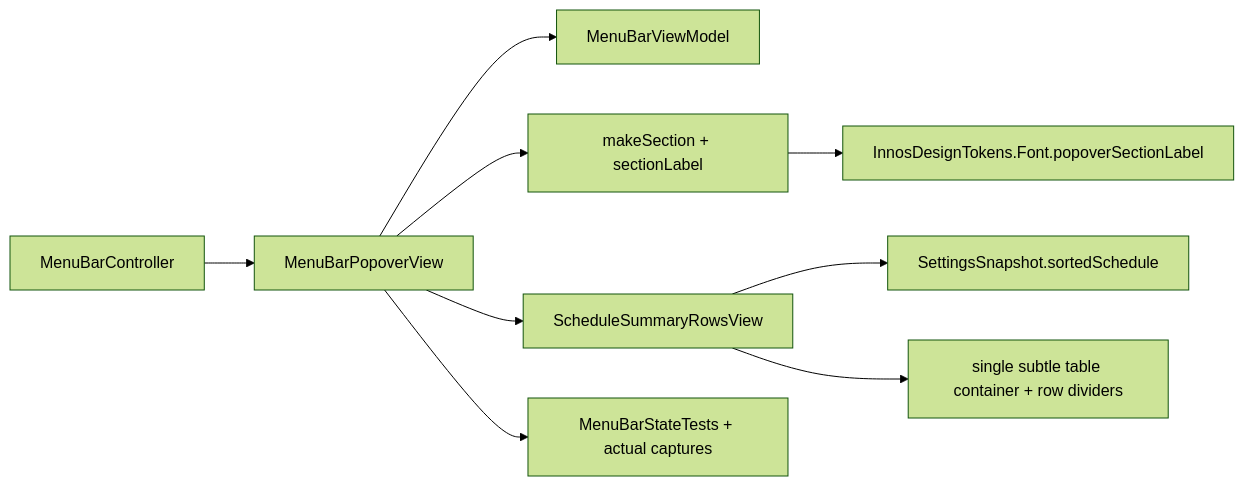
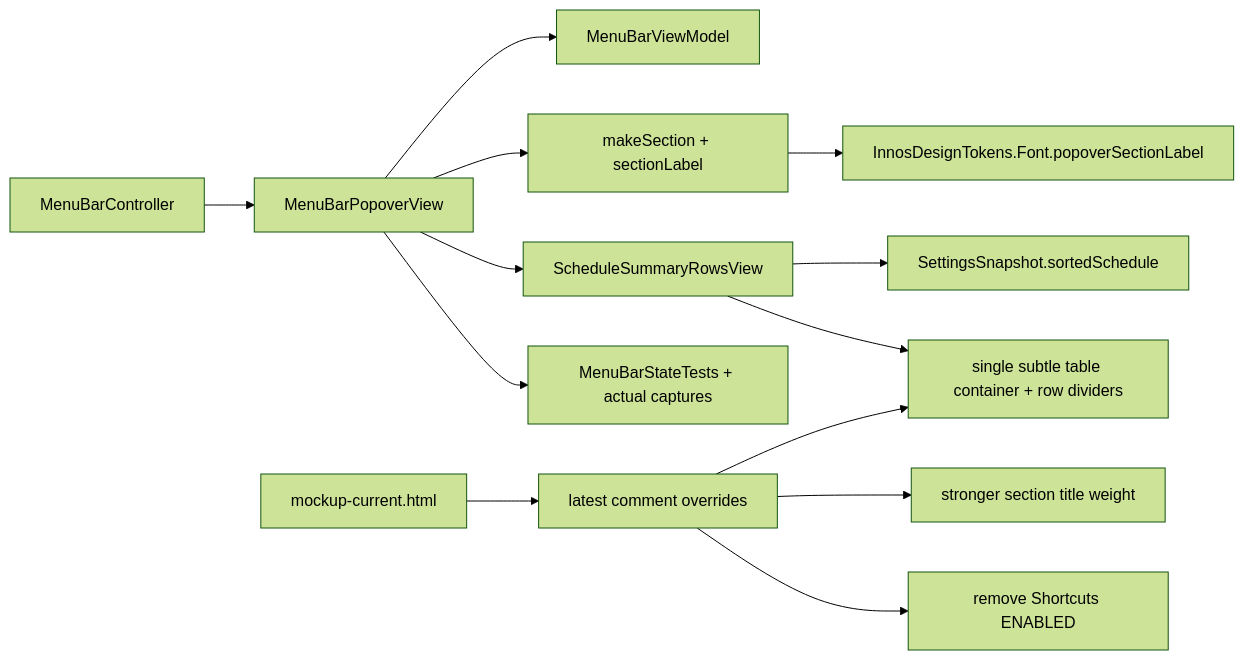
The diagram in docs/design/popover-redesign/schedule-table-production-sync/2026-06-22-schedule-table-production-sync-plan-first.md (everydy/InnosDimmer), drawn with Mermaid (forest theme) before and after one commit. The commit also changed other lines of this file and 1 other file, not shown here.

````diff
--- a/docs/design/popover-redesign/schedule-table-production-sync/2026-06-22-schedule-table-production-sync-plan-first.md
+++ b/docs/design/popover-redesign/schedule-table-production-sync/2026-06-22-schedule-table-production-sync-plan-first.md
@@ -31,11 +32,15 @@
 ```mermaid
 flowchart LR
     Controller["MenuBarController"] --> Popover["MenuBarPopoverView"]
     Popover --> ViewModel["MenuBarViewModel"]
     Popover --> Section["makeSection + sectionLabel"]
     Section --> FontToken["InnosDesignTokens.Font.popoverSectionLabel"]
     Popover --> ScheduleRows["ScheduleSummaryRowsView"]
     ScheduleRows --> Sort["SettingsSnapshot.sortedSchedule"]
     ScheduleRows --> Table["single subtle table container + row dividers"]
     Popover --> Tests["MenuBarStateTests + actual captures"]
+    Mockup["mockup-current.html"] --> Overrides["latest comment overrides"]
+    Overrides --> Table
+    Overrides --> SectionTitle["stronger section title weight"]
+    Overrides --> ShortcutBadge["remove Shortcuts ENABLED"]
 ```
````
